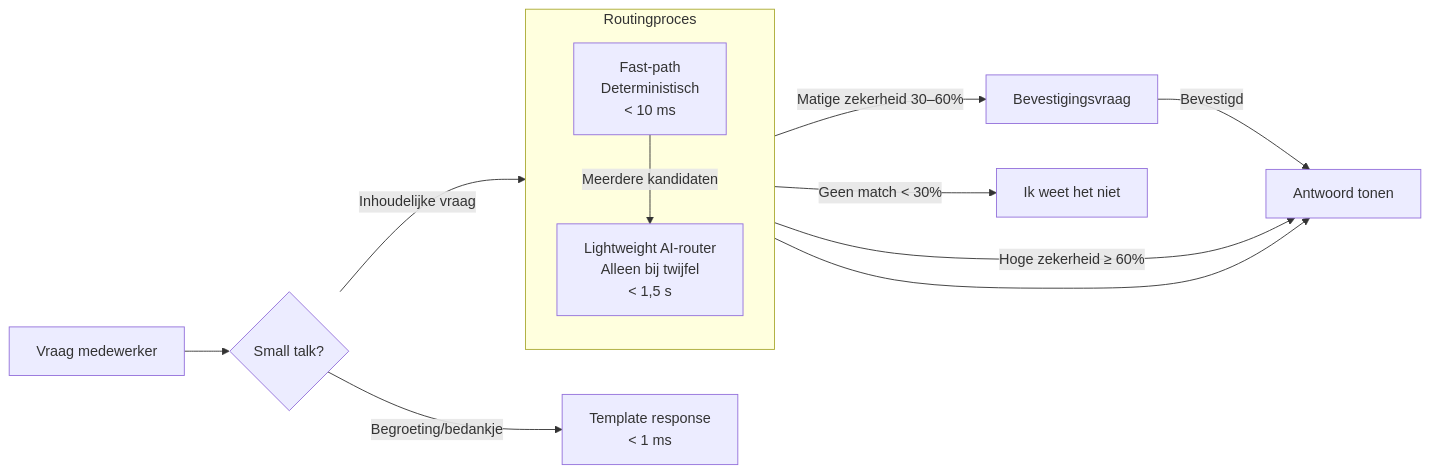
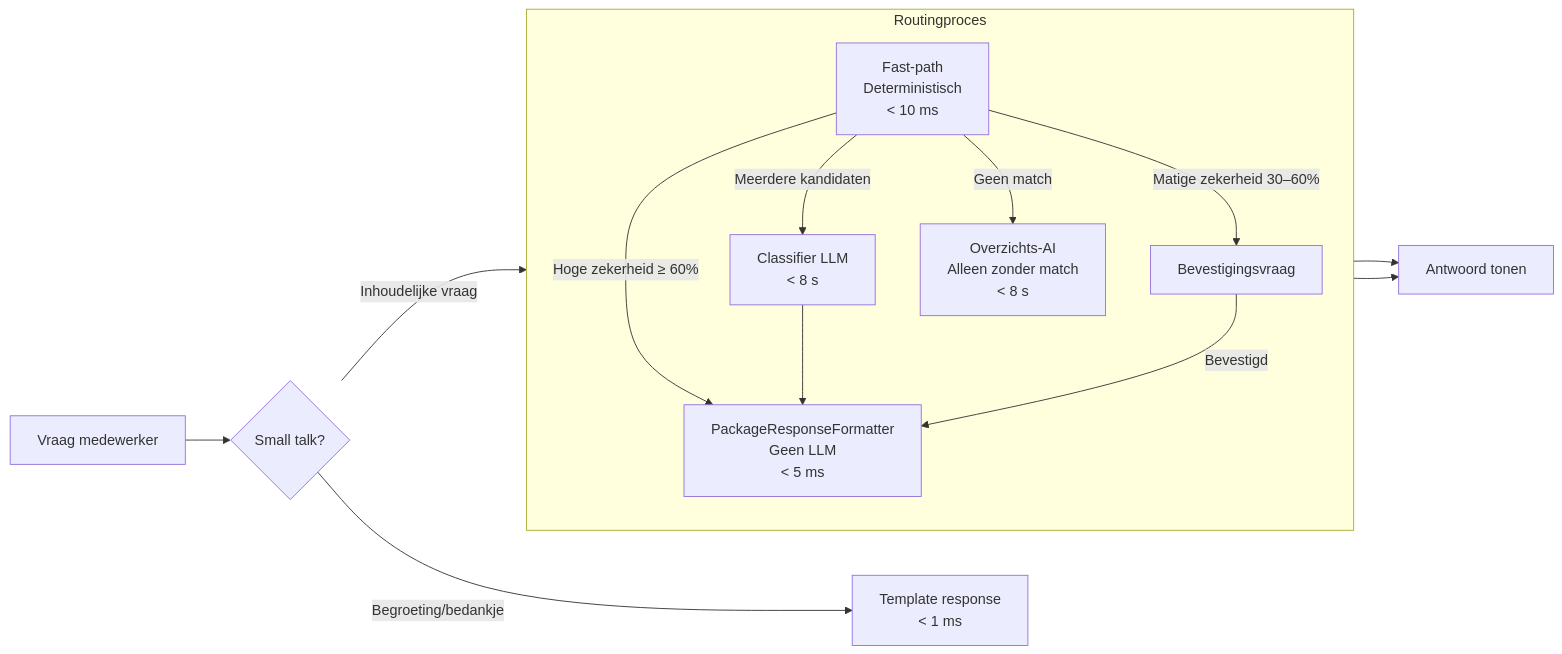
Before and after one commit to ReneWiltingeJVT/Freddy: the second of 2 diagrams in docs/solution/freddy-mvp-solution-overview.md, drawn with Mermaid. The commit also changed other lines of this file and 5 other files, not shown here.

````diff
--- a/docs/solution/freddy-mvp-solution-overview.md
+++ b/docs/solution/freddy-mvp-solution-overview.md
@@ -152,20 +153,23 @@
 ```mermaid
 flowchart LR
     Vraag[Vraag medewerker] --> ST{Small talk?}
 
     ST -->|Begroeting/bedankje| Template[Template response\n< 1 ms]
     ST -->|Inhoudelijke vraag| Analyse
 
     subgraph Analyse[Routingproces]
         direction TB
         FP[Fast-path\nDeterministisch\n< 10 ms]
-        LLM[Lightweight AI-router\nAlleen bij twijfel\n< 1,5 s]
+        FMT[PackageResponseFormatter\nGeen LLM\n< 5 ms]
+        LLM[Overzichts-AI\nAlleen zonder match\n< 8 s]
+        FP -->|Hoge zekerheid ≥ 60%| FMT
+        FP -->|Matige zekerheid 30–60%| BevestigingInternal[Bevestigingsvraag]
+        FP -->|Meerdere kandidaten| OllamaRouter[Classifier LLM\n< 8 s]
+        OllamaRouter --> FMT
+        FP -->|Geen match| LLM
     end
 
-    FP -->|Hoge zekerheid ≥ 60%| Antwoord[Antwoord tonen]
-    FP -->|Matige zekerheid 30–60%| Bevestiging[Bevestigingsvraag]
-    FP -->|Meerdere kandidaten| LLM
+    FMT --> Antwoord[Antwoord tonen]
     LLM --> Antwoord
-    FP -->|Geen match < 30%| Fallback[Ik weet het niet]
-    Bevestiging -->|Bevestigd| Antwoord
+    BevestigingInternal -->|Bevestigd| FMT
 ```
````
